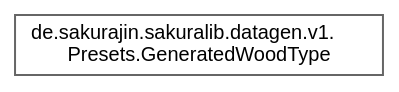
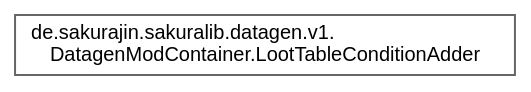
Before and after one commit to noah1510/sakura-lib: the diagram in inherit_graph_16.dot, drawn with Graphviz. The commit also changed 187 other files, not shown here.

```diff
--- a/inherit_graph_16.dot
+++ b/inherit_graph_16.dot
@@ -1,9 +1,9 @@
 digraph "Graphical Class Hierarchy"
 {
  // LATEX_PDF_SIZE
   bgcolor="transparent";
   edge [fontname=Helvetica,fontsize=10,labelfontname=Helvetica,labelfontsize=10];
   node [fontname=Helvetica,fontsize=10,shape=box,height=0.2,width=0.4];
   rankdir="LR";
-  Node0 [label="de.sakurajin.sakuralib.datagen.v1.\lPresets.GeneratedWoodType",height=0.2,width=0.4,color="grey40", fillcolor="white", style="filled",URL="$classde_1_1sakurajin_1_1sakuralib_1_1datagen_1_1v1_1_1Presets_1_1GeneratedWoodType.html",tooltip=" "];
+  Node0 [label="de.sakurajin.sakuralib.datagen.v1.\lDatagenModContainer.LootTableConditionAdder",height=0.2,width=0.4,color="grey40", fillcolor="white", style="filled",URL="$interfacede_1_1sakurajin_1_1sakuralib_1_1datagen_1_1v1_1_1DatagenModContainer_1_1LootTableConditionAdder.html",tooltip=" "];
 }
```
